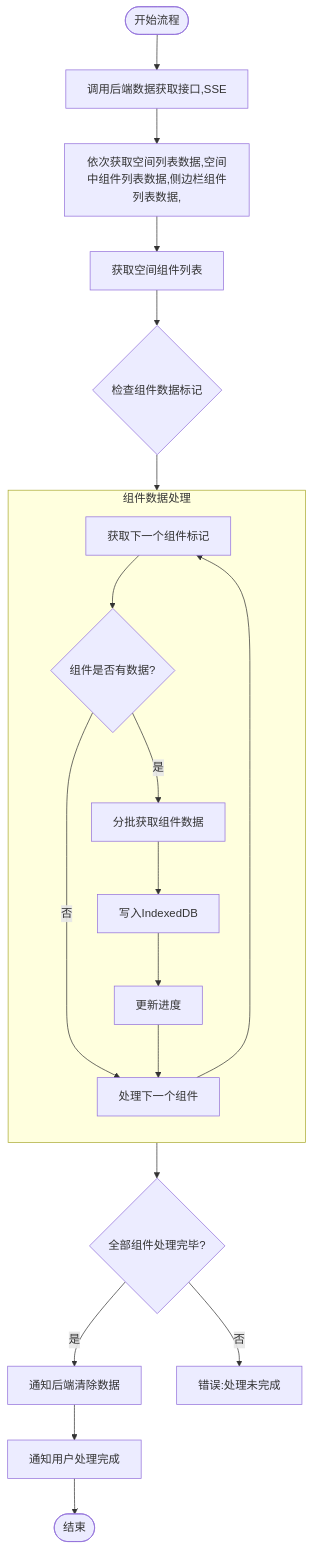
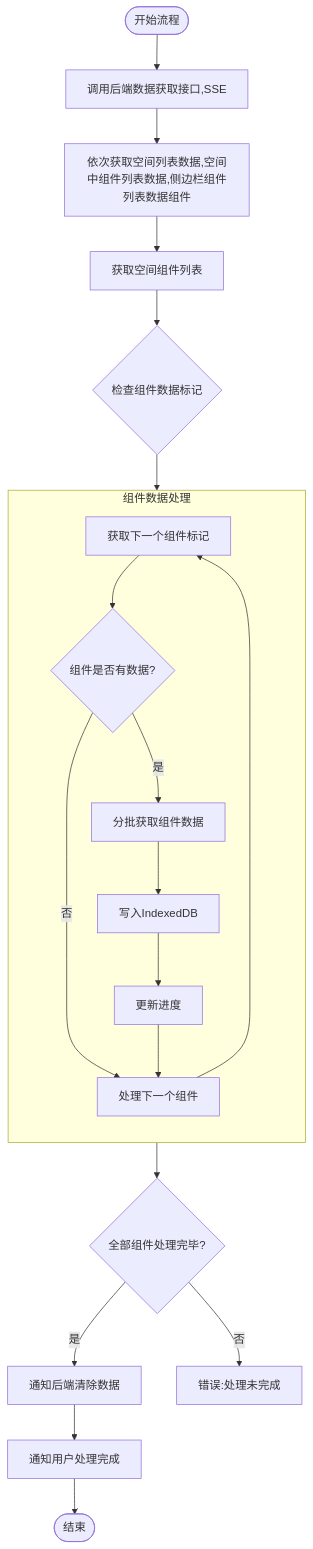
One commit to yingjianzh/iodraw-files changed the diagram in all/未命名-59.md. Above: the diagram before and after it, drawn with Mermaid.

Commit message:
2025-05-14 14:51:46 update

````diff
--- a/all/未命名-59.md
+++ b/all/未命名-59.md
@@ -1,29 +1,29 @@
 ```mermaid
 
 flowchart TD
     Start([开始流程]) --> FetchData[调用后端数据获取接口,SSE]
-    FetchData --> FetchSpaceData[依次获取空间列表数据,空间中组件列表数据,侧边栏组件列表数据,]
+    FetchData --> FetchSpaceData[依次获取空间列表数据,空间中组件列表数据,侧边栏组件列表数据组件]
     FetchSpaceData --> FetchComponentList[获取空间组件列表]
     FetchComponentList --> CheckComponentData{检查组件数据标记}
     
     subgraph ComponentProcess [组件数据处理]
         direction TB
         A[获取下一个组件标记] --> B{组件是否有数据?}
         B -->|否| NextComponent[处理下一个组件]
         B -->|是| C[分批获取组件数据]
         C --> D[写入IndexedDB]
         D --> UpdateProgress[更新进度]
         UpdateProgress --> NextComponent
         NextComponent --> A
     end
     
     CheckComponentData --> ComponentProcess
     ComponentProcess --> AllComponentsProcessed{全部组件处理完毕?}
     
     AllComponentsProcessed -->|是| ClearServerData[通知后端清除数据]
     AllComponentsProcessed -->|否| Error3[错误:处理未完成]
     
     ClearServerData --> CompletionNotification[通知用户处理完成]
     CompletionNotification --> End([结束])
 
 ```
````
